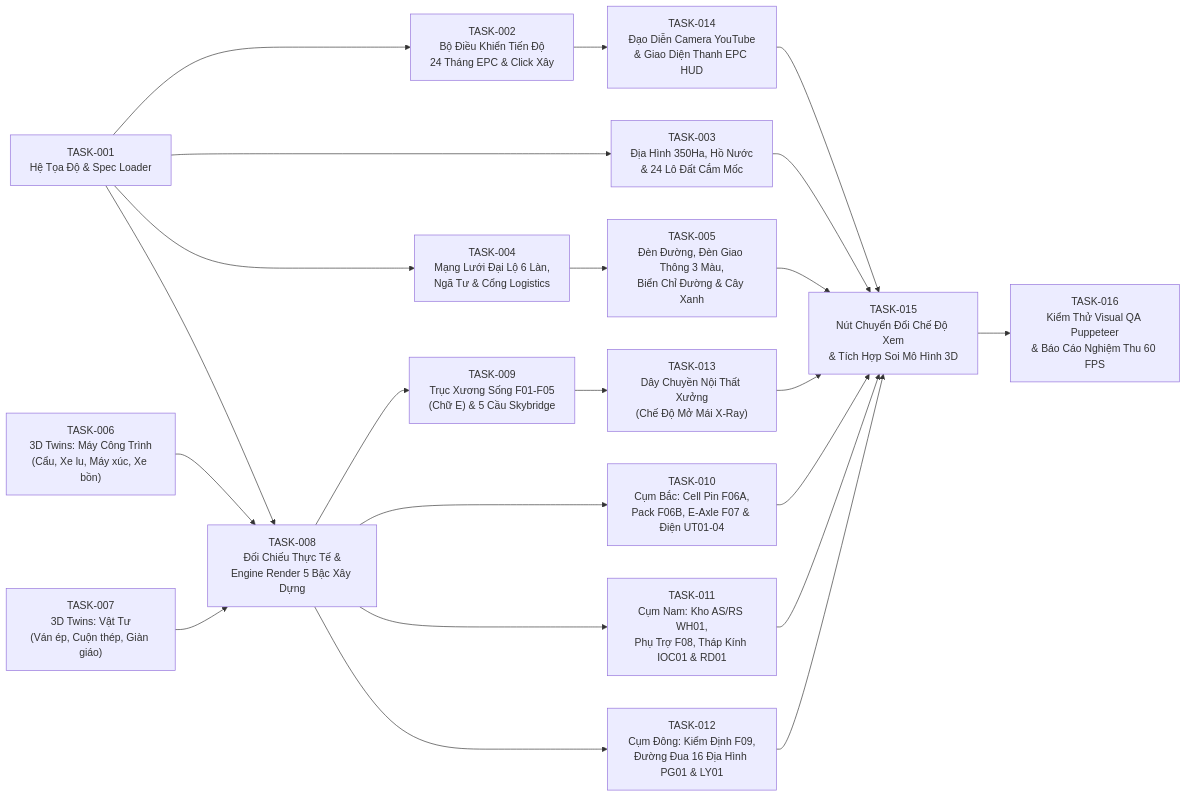
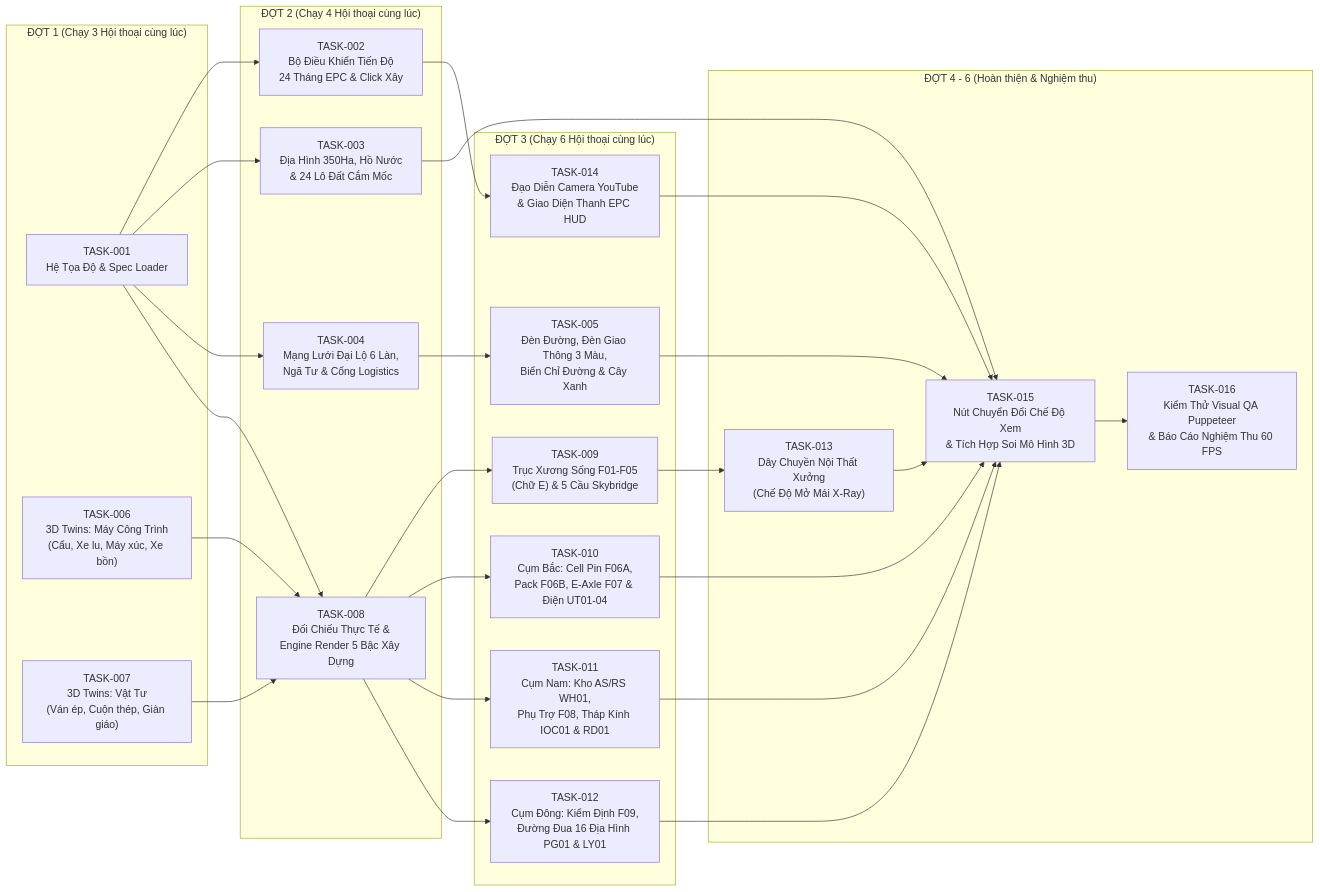
Before and after one commit to alixtaninja/AutoForge3D: the diagram in docs/ev-gigafactory-blueprint/MULTI_AGENT_DISPATCH_BOARD.md, drawn with Mermaid. The commit also changed other lines of this file and 21 other files, not shown here.

````diff
--- a/docs/ev-gigafactory-blueprint/MULTI_AGENT_DISPATCH_BOARD.md
+++ b/docs/ev-gigafactory-blueprint/MULTI_AGENT_DISPATCH_BOARD.md
@@ -26,48 +31,39 @@
 ```mermaid
 flowchart LR
-    T01["TASK-001\nHệ Tọa Độ & Spec Loader"]
-    T06["TASK-006\n3D Twins: Máy Công Trình\n(Cẩu, Xe lu, Máy xúc, Xe bồn)"]
-    T07["TASK-007\n3D Twins: Vật Tư\n(Ván ép, Cuộn thép, Giàn giáo)"]
+    subgraph W1["ĐỢT 1 (Chạy 3 Hội thoại cùng lúc)"]
+        T01["TASK-001\nHệ Tọa Độ & Spec Loader"]
+        T06["TASK-006\n3D Twins: Máy Công Trình\n(Cẩu, Xe lu, Máy xúc, Xe bồn)"]
+        T07["TASK-007\n3D Twins: Vật Tư\n(Ván ép, Cuộn thép, Giàn giáo)"]
+    end
 
-    T02["TASK-002\nBộ Điều Khiển Tiến Độ\n24 Tháng EPC & Click Xây"]
-    T03["TASK-003\nĐịa Hình 350Ha, Hồ Nước\n& 24 Lô Đất Cắm Mốc"]
-    T04["TASK-004\nMạng Lưới Đại Lộ 6 Làn,\nNgã Tư & Cổng Logistics"]
-    T05["TASK-005\nĐèn Đường, Đèn Giao Thông 3 Màu,\nBiển Chỉ Đường & Cây Xanh"]
+    subgraph W2["ĐỢT 2 (Chạy 4 Hội thoại cùng lúc)"]
+        T02["TASK-002\nBộ Điều Khiển Tiến Độ\n24 Tháng EPC & Click Xây"]
+        T03["TASK-003\nĐịa Hình 350Ha, Hồ Nước\n& 24 Lô Đất Cắm Mốc"]
+        T04["TASK-004\nMạng Lưới Đại Lộ 6 Làn,\nNgã Tư & Cổng Logistics"]
+        T08["TASK-008\nĐối Chiếu Thực Tế &\nEngine Render 5 Bậc Xây Dựng"]
+    end
 
-    T08["TASK-008\nĐối Chiếu Thực Tế &\nEngine Render 5 Bậc Xây Dựng"]
-    T09["TASK-009\nTrục Xương Sống F01-F05\n(Chữ E) & 5 Cầu Skybridge"]
-    T10["TASK-010\nCụm Bắc: Cell Pin F06A,\nPack F06B, E-Axle F07 & Điện UT01-04"]
-    T11["TASK-011\nCụm Nam: Kho AS/RS WH01,\nPhụ Trợ F08, Tháp Kính IOC01 & RD01"]
-    T12["TASK-012\nCụm Đông: Kiểm Định F09,\nĐường Đua 16 Địa Hình PG01 & LY01"]
+    subgraph W3["ĐỢT 3 (Chạy 6 Hội thoại cùng lúc)"]
+        T05["TASK-005\nĐèn Đường, Đèn Giao Thông 3 Màu,\nBiển Chỉ Đường & Cây Xanh"]
+        T09["TASK-009\nTrục Xương Sống F01-F05\n(Chữ E) & 5 Cầu Skybridge"]
+        T10["TASK-010\nCụm Bắc: Cell Pin F06A,\nPack F06B, E-Axle F07 & Điện UT01-04"]
+        T11["TASK-011\nCụm Nam: Kho AS/RS WH01,\nPhụ Trợ F08, Tháp Kính IOC01 & RD01"]
+        T12["TASK-012\nCụm Đông: Kiểm Định F09,\nĐường Đua 16 Địa Hình PG01 & LY01"]
+        T14["TASK-014\nĐạo Diễn Camera YouTube\n& Giao Diện Thanh EPC HUD"]
+    end
 
-    T13["TASK-013\nDây Chuyền Nội Thất Xưởng\n(Chế Độ Mở Mái X-Ray)"]
-    T14["TASK-014\nĐạo Diễn Camera YouTube\n& Giao Diện Thanh EPC HUD"]
-    T15["TASK-015\nNút Chuyển Đổi Chế Độ Xem\n& Tích Hợp Soi Mô Hình 3D"]
-    T16["TASK-016\nKiểm Thử Visual QA Puppeteer\n& Báo Cáo Nghiệm Thu 60 FPS"]
+    subgraph W4_6["ĐỢT 4 - 6 (Hoàn thiện & Nghiệm thu)"]
+        T13["TASK-013\nDây Chuyền Nội Thất Xưởng\n(Chế Độ Mở Mái X-Ray)"]
+        T15["TASK-015\nNút Chuyển Đổi Chế Độ Xem\n& Tích Hợp Soi Mô Hình 3D"]
+        T16["TASK-016\nKiểm Thử Visual QA Puppeteer\n& Báo Cáo Nghiệm Thu 60 FPS"]
+    end
 
-    T01 --> T02
-    T01 --> T03
-    T01 --> T04
+    T01 --> T02 & T03 & T04 & T08
+    T06 & T07 --> T08
     T04 --> T05
-
-    T01 --> T08
-    T06 --> T08
-    T07 --> T08
-
-    T08 --> T09
-    T08 --> T10
-    T08 --> T11
-    T08 --> T12
-
+    T02 --> T14
+    T08 --> T09 & T10 & T11 & T12
     T09 --> T13
-    T02 --> T14
-
-    T03 --> T15
-    T05 --> T15
-    T10 --> T15
-    T11 --> T15
-    T12 --> T15
-    T13 --> T15
-    T14 --> T15
+    T03 & T05 & T10 & T11 & T12 & T13 & T14 --> T15
     T15 --> T16
 ```
````
